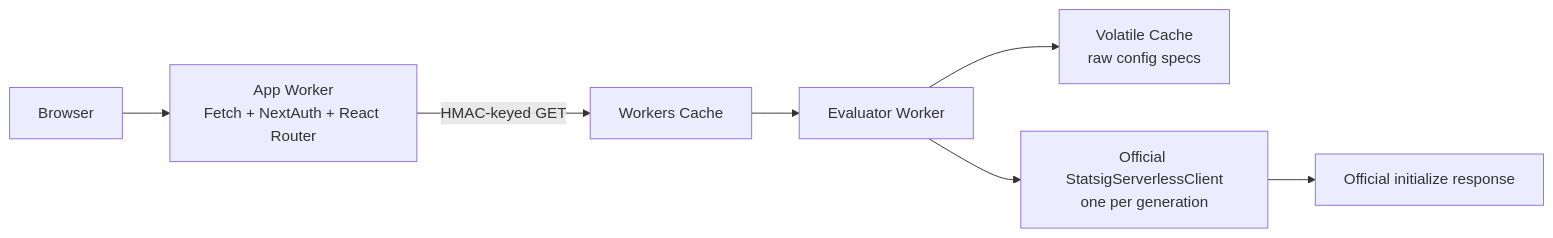
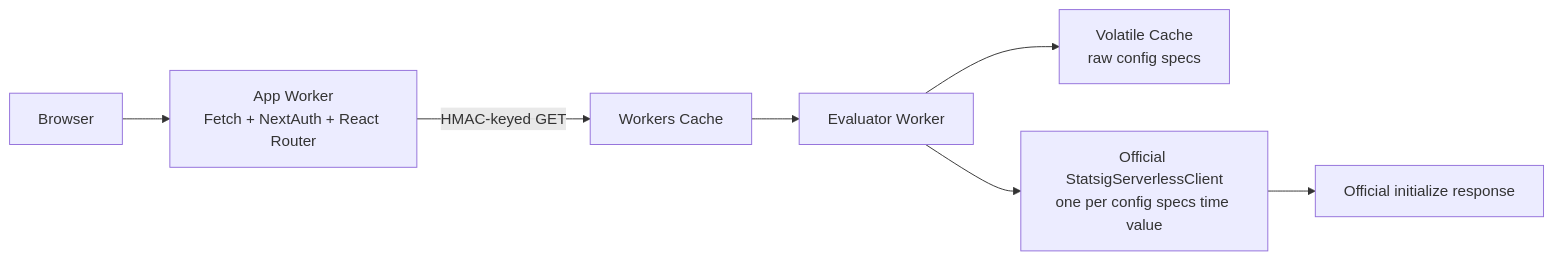
Before and after one commit to irvinebroque/reference-example-kitchen-sink: the diagram in IMPLEMENTATION_PLAN.md, drawn with Mermaid. The commit also changed other lines of this file and 19 other files, not shown here.

Commit message:
Align Statsig naming with config specs

````diff
--- a/IMPLEMENTATION_PLAN.md
+++ b/IMPLEMENTATION_PLAN.md
@@ -10,9 +10,9 @@
 ```mermaid
 flowchart LR
     Browser --> App["App Worker\nFetch + NextAuth + React Router"]
     App -->|"HMAC-keyed GET"| WC["Workers Cache"]
     WC --> Evaluator["Evaluator Worker"]
     Evaluator --> VC["Volatile Cache\nraw config specs"]
-    Evaluator --> SDK["Official StatsigServerlessClient\none per generation"]
+    Evaluator --> SDK["Official StatsigServerlessClient\none per config specs time value"]
     SDK --> Bootstrap["Official initialize response"]
 ```
````
